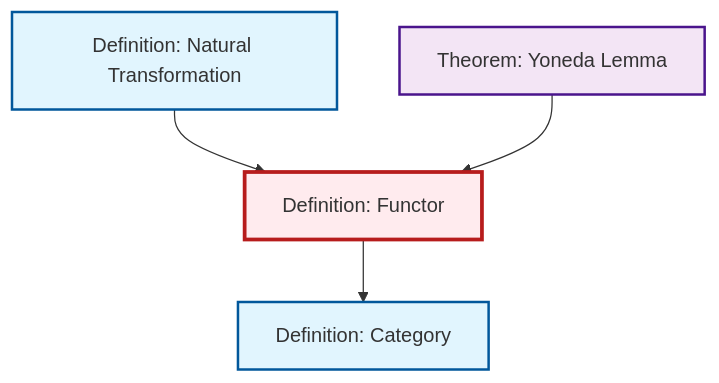
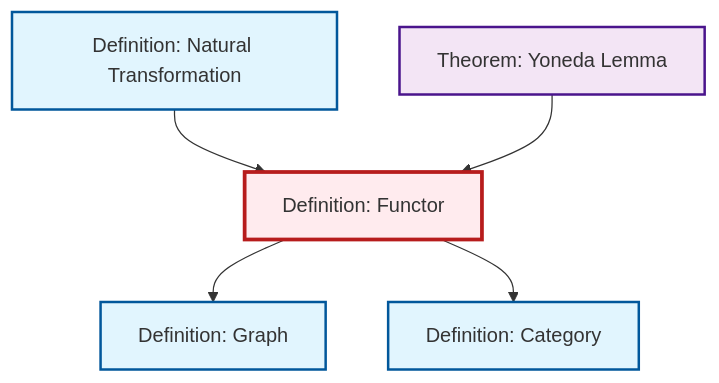
The diagram in content/ja/category-theory/def-functor.qmd (RK0429/ModernMath), drawn with Mermaid before and after one commit. The commit also changed 434 other files, not shown here.

````diff
--- a/content/ja/category-theory/def-functor.qmd
+++ b/content/ja/category-theory/def-functor.qmd
@@ -50,20 +50,23 @@
 ```{mermaid}
 %%| fig-cap: "Local dependency graph"
 graph TD
     classDef definition fill:#e1f5fe,stroke:#01579b,stroke-width:2px
     classDef theorem fill:#f3e5f5,stroke:#4a148c,stroke-width:2px
     classDef axiom fill:#fff3e0,stroke:#e65100,stroke-width:2px
     classDef example fill:#e8f5e9,stroke:#1b5e20,stroke-width:2px
     classDef current fill:#ffebee,stroke:#b71c1c,stroke-width:3px
+    def-category["Definition: Category"]:::definition
+    def-graph["Definition: Graph"]:::definition
     def-functor["Definition: Functor"]:::definition
-    def-category["Definition: Category"]:::definition
     thm-yoneda["Theorem: Yoneda Lemma"]:::theorem
     def-natural-transformation["Definition: Natural Transformation"]:::definition
+    def-functor --> def-graph
+    def-natural-transformation --> def-functor
     def-functor --> def-category
-    def-natural-transformation --> def-functor
     thm-yoneda --> def-functor
     class def-functor current
     click def-category "def-category.html" "Definition: Categoryへ"
+    click def-graph "def-graph.html" "Definition: Graphへ"
     click thm-yoneda "thm-yoneda.html" "Theorem: Yoneda Lemmaへ"
     click def-natural-transformation "def-natural-transformation.html" "Definition: Natural Transformationへ"
 ```
````
